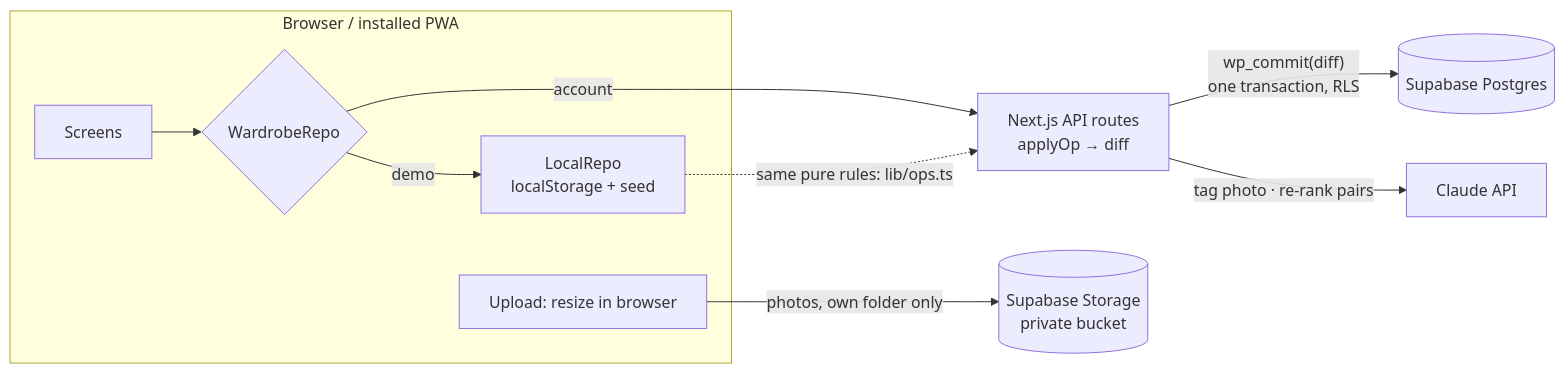
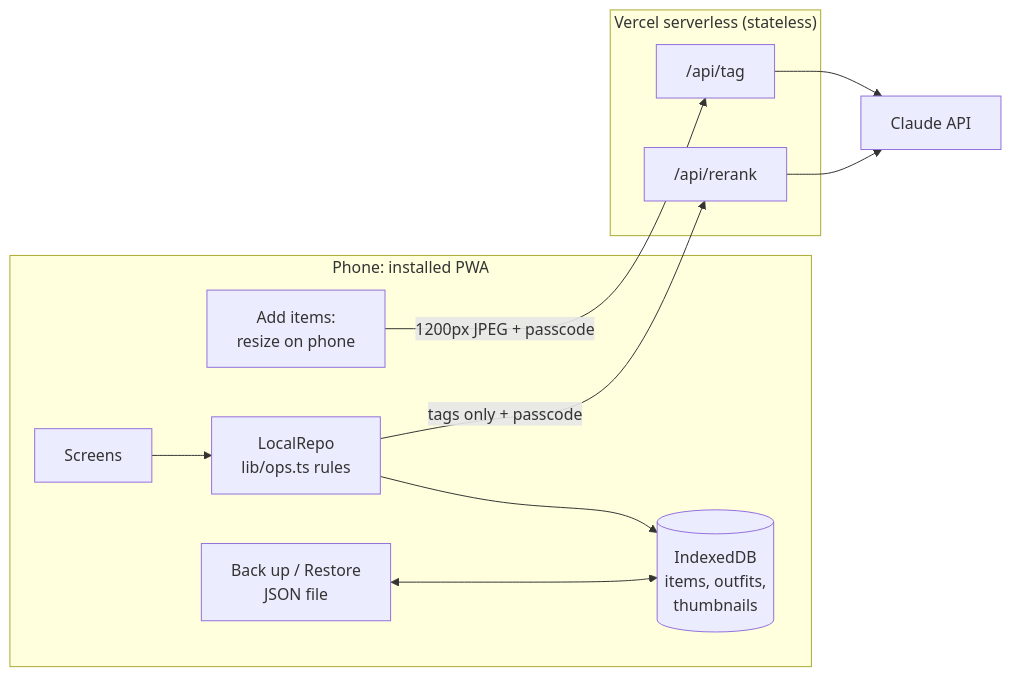
The diagram in README.md (Aneeshaggarwal1/wardrobe-planner), drawn with Mermaid before and after one commit. The commit also changed other lines of this file and 61 other files, not shown here.

First line of the commit message:
Keep your wardrobe on your phone: no accounts or database

````diff
--- a/README.md
+++ b/README.md
@@ -36,13 +38,17 @@
 ```mermaid
 flowchart LR
-  subgraph Phone["Browser / installed PWA"]
-    UI["Screens"] --> Repo{"WardrobeRepo"}
-    Repo -->|demo| Local["LocalRepo<br/>localStorage + seed"]
-    Upload["Upload: resize in browser"]
+  subgraph Phone["Phone: installed PWA"]
+    UI["Screens"] --> Repo["LocalRepo<br/>lib/ops.ts rules"]
+    Repo --> IDB[("IndexedDB<br/>items, outfits,<br/>thumbnails")]
+    Upload["Add items:<br/>resize on phone"]
+    Backup["Back up / Restore<br/>JSON file"] <--> IDB
   end
-  Repo -->|account| API["Next.js API routes<br/>applyOp → diff"]
-  Upload -->|"photos, own folder only"| Storage[("Supabase Storage<br/>private bucket")]
-  API -->|"wp_commit(diff)<br/>one transaction, RLS"| DB[("Supabase Postgres")]
-  API -->|"tag photo · re-rank pairs"| Claude["Claude API"]
-  Local -.->|"same pure rules: lib/ops.ts"| API
+  Upload -->|"1200px JPEG + passcode"| Tag["/api/tag"]
+  Repo -->|"tags only + passcode"| Rerank["/api/rerank"]
+  subgraph Server["Vercel serverless (stateless)"]
+    Tag
+    Rerank
+  end
+  Tag --> Claude["Claude API"]
+  Rerank --> Claude
 ```
````
